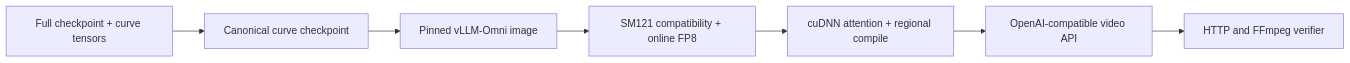
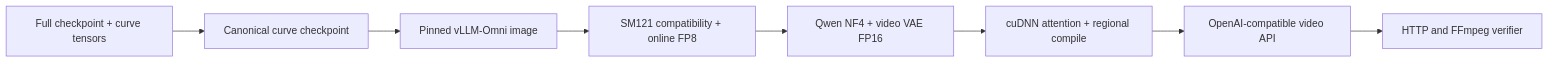
The diagram in README.md (joeynyc/MiniMax-H3-DGX-Spark), drawn with Mermaid before and after one commit. The commit also changed other lines of this file and 9 other files, not shown here.

````diff
--- a/README.md
+++ b/README.md
@@ -56,9 +56,10 @@
 ```mermaid
 flowchart LR
     A[Full checkpoint + curve tensors] --> B[Canonical curve checkpoint]
     B --> C[Pinned vLLM-Omni image]
     C --> D[SM121 compatibility + online FP8]
-    D --> E[cuDNN attention + regional compile]
-    E --> F[OpenAI-compatible video API]
-    F --> G[HTTP and FFmpeg verifier]
+    D --> E[Qwen NF4 + video VAE FP16]
+    E --> F[cuDNN attention + regional compile]
+    F --> G[OpenAI-compatible video API]
+    G --> H[HTTP and FFmpeg verifier]
 ```
````
